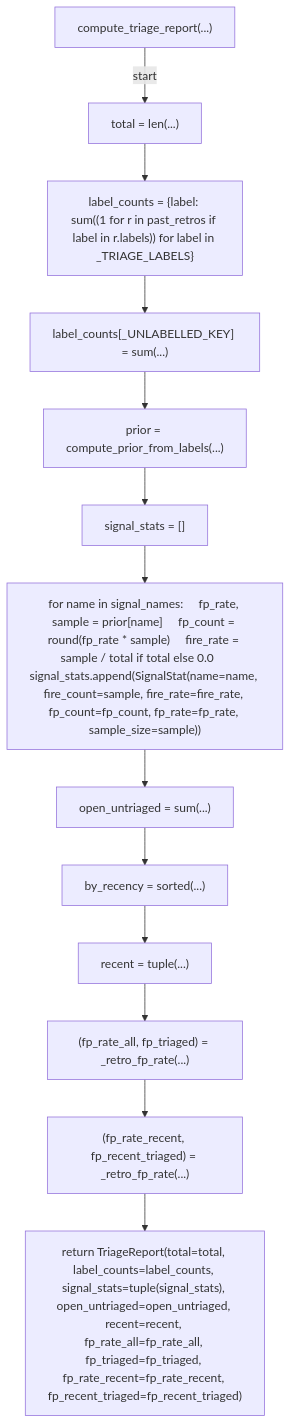
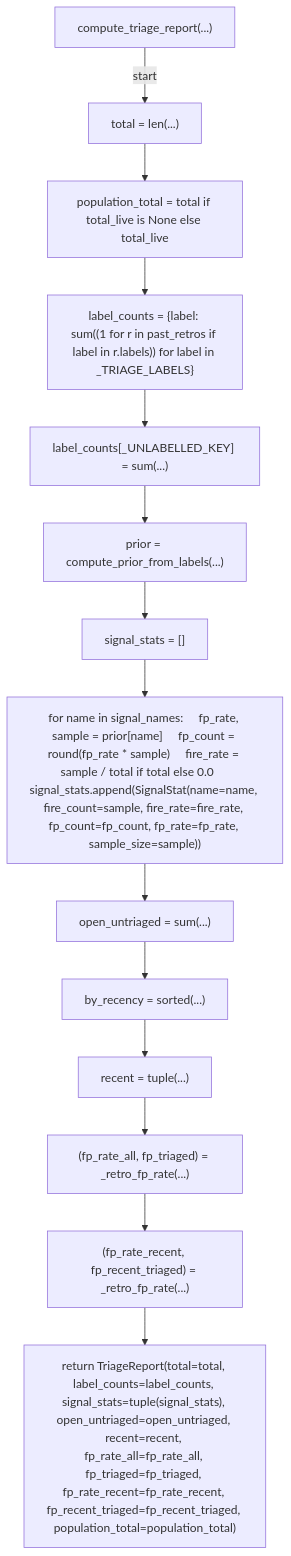
Before and after one commit to tvna/claude-md: the fourth of 10 diagrams in docs/generated/scripts/ast/_auto_retro_triage.md, drawn with Mermaid. The commit also changed other lines of this file and 3 other files, not shown here.

First line of the commit message:
docs(generated): regenerate decision tree and workflow diagrams

````diff
--- a/docs/generated/scripts/ast/_auto_retro_triage.md
+++ b/docs/generated/scripts/ast/_auto_retro_triage.md
@@ -50,28 +50,30 @@
 ```mermaid
 flowchart TD
     N001["compute_triage_report(...)"]
     N002["total = len(...)"]
-    N003["label_counts = {label: sum((1 for r in past_retros if label in r.labels)) for label in _TRIAGE_LABELS}"]
-    N004["label_counts[_UNLABELLED_KEY] = sum(...)"]
-    N005["prior = compute_prior_from_labels(...)"]
-    N006["signal_stats = []"]
-    N007["for name in signal_names:     fp_rate, sample = prior[name]     fp_count = round(fp_rate * sample)     fire_rate = sample / total if total else 0.0     signal_stats.append(SignalStat(name=name, fire_count=sample, fire_rate=fire_rate, fp_count=fp_count, fp_rate=fp_rate, sample_size=sample))"]
-    N008["open_untriaged = sum(...)"]
-    N009["by_recency = sorted(...)"]
-    N010["recent = tuple(...)"]
-    N011["(fp_rate_all, fp_triaged) = _retro_fp_rate(...)"]
-    N012["(fp_rate_recent, fp_recent_triaged) = _retro_fp_rate(...)"]
-    N013["return TriageReport(total=total, label_counts=label_counts, signal_stats=tuple(signal_stats), open_untriaged=open_untriaged, recent=recent, fp_rate_all=fp_rate_all, fp_triaged=fp_triaged, fp_rate_recent=fp_rate_recent, fp_recent_triaged=fp_recent_triaged)"]
+    N003["population_total = total if total_live is None else total_live"]
+    N004["label_counts = {label: sum((1 for r in past_retros if label in r.labels)) for label in _TRIAGE_LABELS}"]
+    N005["label_counts[_UNLABELLED_KEY] = sum(...)"]
+    N006["prior = compute_prior_from_labels(...)"]
+    N007["signal_stats = []"]
+    N008["for name in signal_names:     fp_rate, sample = prior[name]     fp_count = round(fp_rate * sample)     fire_rate = sample / total if total else 0.0     signal_stats.append(SignalStat(name=name, fire_count=sample, fire_rate=fire_rate, fp_count=fp_count, fp_rate=fp_rate, sample_size=sample))"]
+    N009["open_untriaged = sum(...)"]
+    N010["by_recency = sorted(...)"]
+    N011["recent = tuple(...)"]
+    N012["(fp_rate_all, fp_triaged) = _retro_fp_rate(...)"]
+    N013["(fp_rate_recent, fp_recent_triaged) = _retro_fp_rate(...)"]
+    N014["return TriageReport(total=total, label_counts=label_counts, signal_stats=tuple(signal_stats), open_untriaged=open_untriaged, recent=recent, fp_rate_all=fp_rate_all, fp_triaged=fp_triaged, fp_rate_recent=fp_rate_recent, fp_recent_triaged=fp_recent_triaged, population_total=population_total)"]
     N001 -->|"start"| N002
     N002 --> N003
     N003 --> N004
     N004 --> N005
     N005 --> N006
     N006 --> N007
     N007 --> N008
     N008 --> N009
     N009 --> N010
     N010 --> N011
     N011 --> N012
     N012 --> N013
+    N013 --> N014
 ```
````
